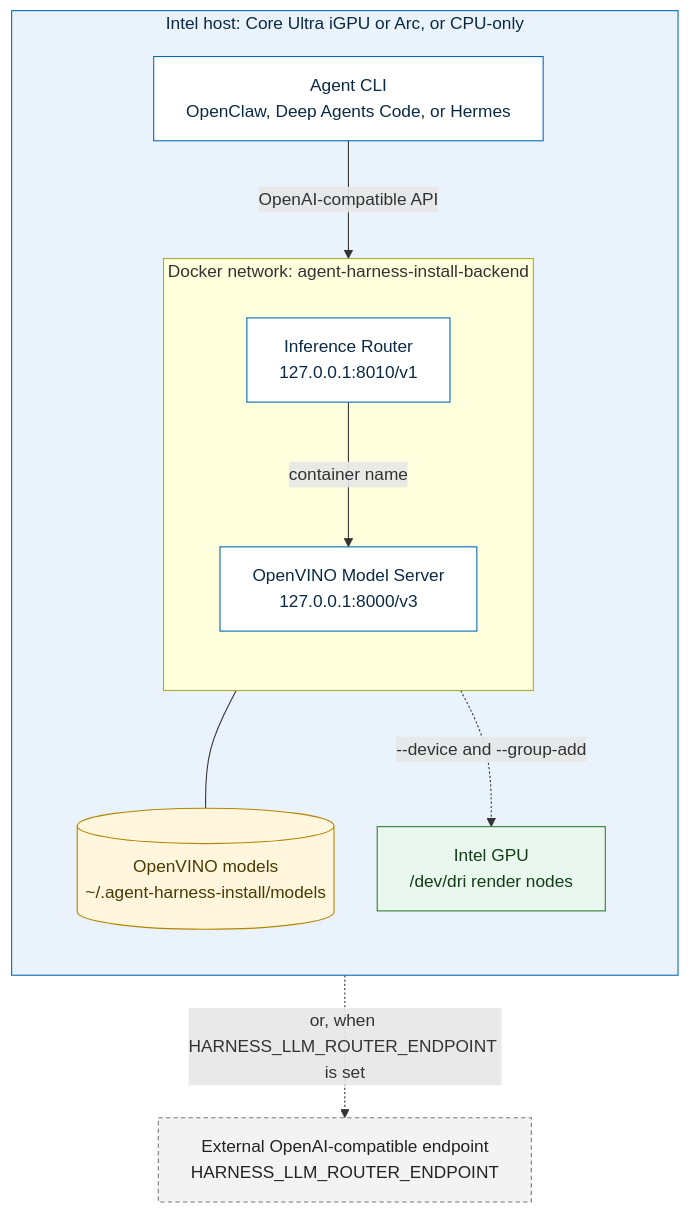
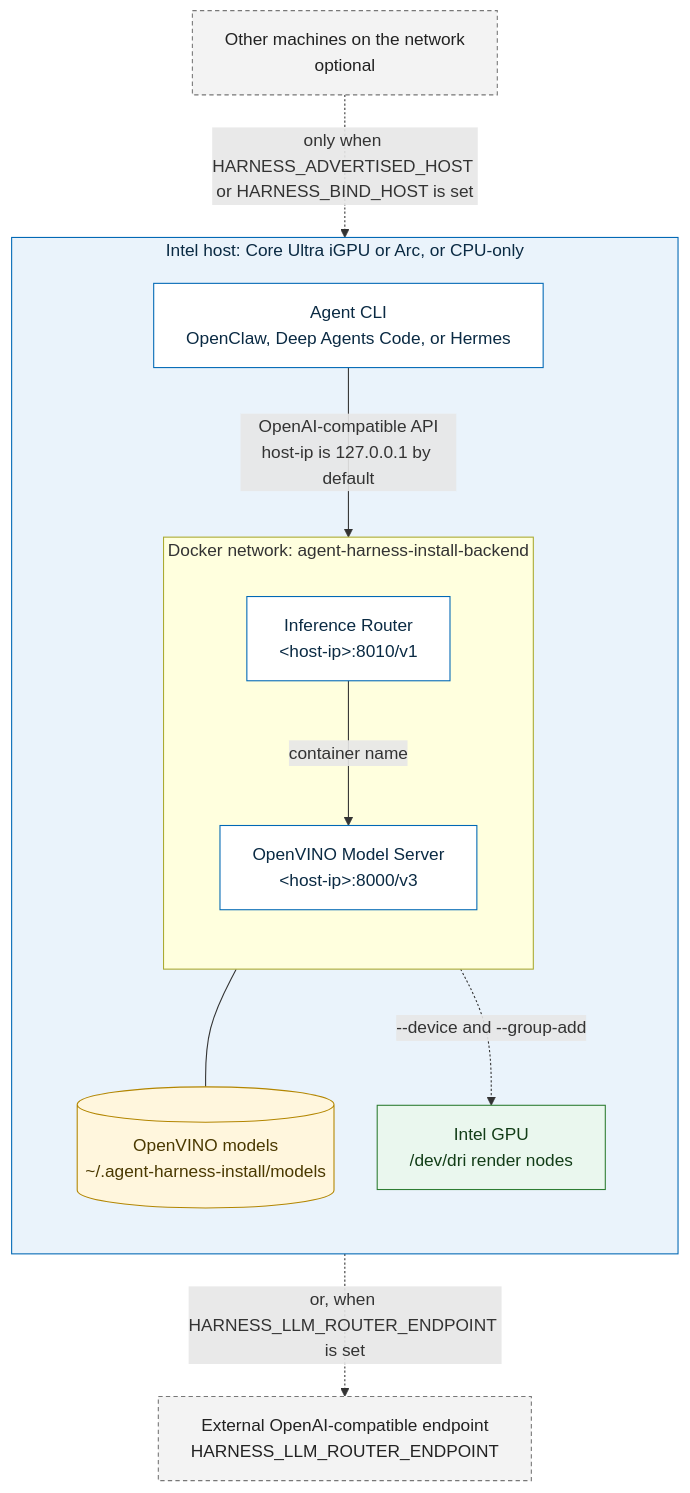
The second of 2 diagrams in frameworks/agent-harness-install/README.md (open-edge-platform/edge-ai-libraries), drawn with Mermaid before and after one commit. The commit also changed other lines of this file and 1 other file, not shown here.

Commit message:
Document network binding and exposure in the runtime diagram and known limitations
Show the host-ip placeholder and optional remote access in the README diagram, and note that Docker-published ports bypass ufw.

````diff
--- a/frameworks/agent-harness-install/README.md
+++ b/frameworks/agent-harness-install/README.md
@@ -116,29 +120,31 @@
 ```mermaid
 %%{init: {"flowchart": {"wrappingWidth": 420, "nodeSpacing": 40, "rankSpacing": 60, "curve": "basis"}}}%%
 flowchart TD
     classDef host fill:#EAF3FB,stroke:#0068B5,color:#0A2A43
     classDef box fill:#FFFFFF,stroke:#0068B5,color:#0A2A43
     classDef store fill:#FFF6DD,stroke:#B38600,color:#4A3900
     classDef hw fill:#EAF7EE,stroke:#2E7D32,color:#123D17
     classDef ext fill:#F3F3F3,stroke:#777777,color:#222222,stroke-dasharray: 4 3
 
     subgraph HOST["Intel host: Core Ultra iGPU or Arc, or CPU-only"]
         direction TB
         AGENT["Agent CLI<br/>OpenClaw, Deep Agents Code, or Hermes"]:::box
         subgraph NET["Docker network: agent-harness-install-backend"]
             direction TB
-            IRC["Inference Router<br/>127.0.0.1:8010/v1"]:::box
-            OVMSC["OpenVINO Model Server<br/>127.0.0.1:8000/v3"]:::box
+            IRC["Inference Router<br/>#lt;host-ip#gt;:8010/v1"]:::box
+            OVMSC["OpenVINO Model Server<br/>#lt;host-ip#gt;:8000/v3"]:::box
         end
         MODELS[("OpenVINO models<br/>~/.agent-harness-install/models")]:::store
         GPUD["Intel GPU<br/>/dev/dri render nodes"]:::hw
     end
     EXTR["External OpenAI-compatible endpoint<br/>HARNESS_LLM_ROUTER_ENDPOINT"]:::ext
+    REMOTE["Other machines on the network<br/>optional"]:::ext
 
-    AGENT -- "OpenAI-compatible API" --> IRC
+    AGENT -- "OpenAI-compatible API<br/>host-ip is 127.0.0.1 by default" --> IRC
     IRC -- "container name" --> OVMSC
     OVMSC --- MODELS
     OVMSC -. "--device and --group-add" .-> GPUD
     IRC -. "or, when HARNESS_LLM_ROUTER_ENDPOINT is set" .-> EXTR
+    REMOTE -. "only when HARNESS_ADVERTISED_HOST or HARNESS_BIND_HOST is set" .-> IRC
     class HOST host
 ```
````
